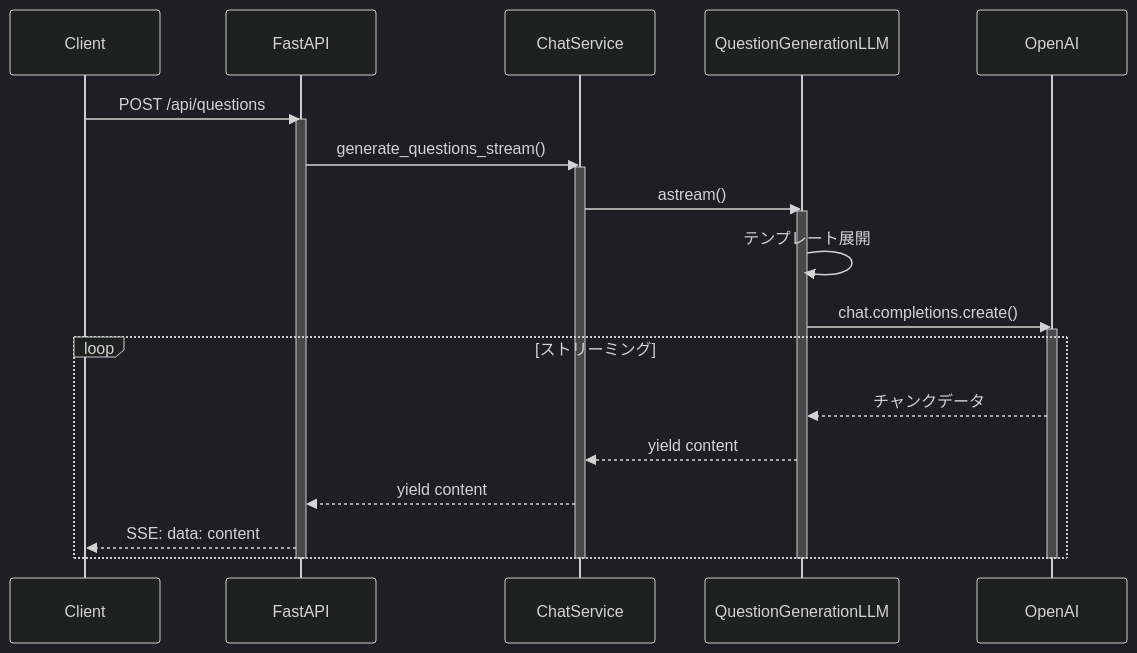
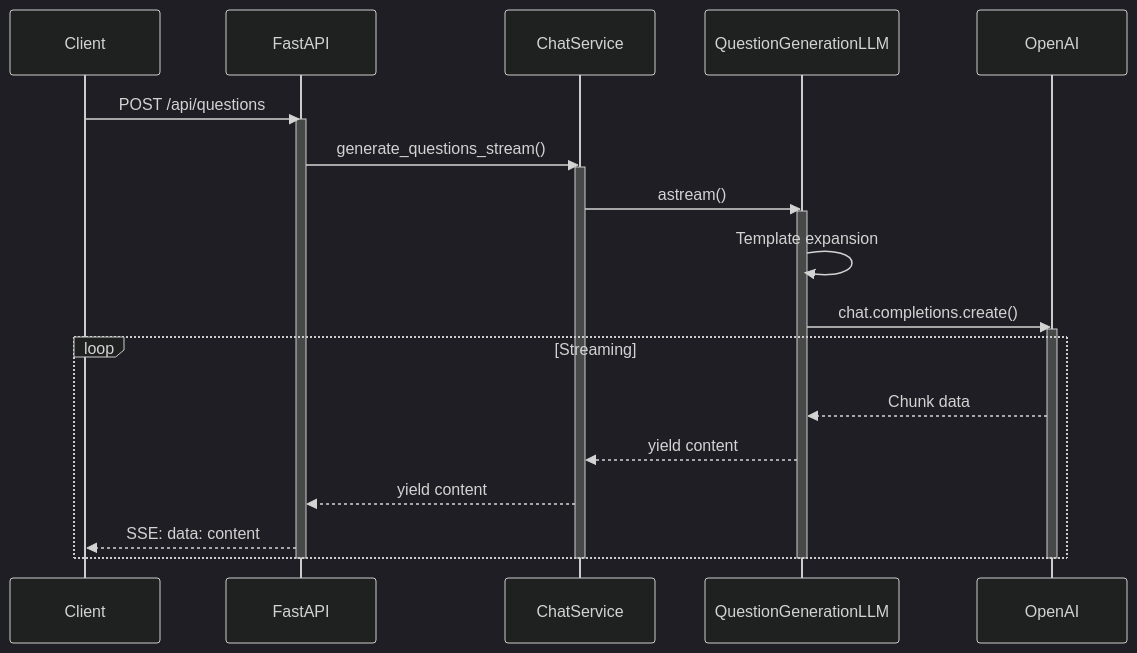
Before and after one commit to miulab7/ResQ: the second of 3 diagrams in docs/backend.md, drawn with Mermaid (dark theme). The commit also changed other lines of this file and 3 other files, not shown here.

````diff
--- a/docs/backend.md
+++ b/docs/backend.md
@@ -220,31 +220,31 @@
 ```mermaid
 sequenceDiagram
     participant Client
     participant FastAPI
     participant ChatService
     participant QuestionLLM as QuestionGenerationLLM
     participant OpenAI
 
     Client->>FastAPI: POST /api/questions
     activate FastAPI
     FastAPI->>ChatService: generate_questions_stream()
     activate ChatService
     ChatService->>QuestionLLM: astream()
     activate QuestionLLM
 
-    QuestionLLM->>QuestionLLM: テンプレート展開
+    QuestionLLM->>QuestionLLM: Template expansion
     QuestionLLM->>OpenAI: chat.completions.create()
     activate OpenAI
 
-    loop ストリーミング
-        OpenAI-->>QuestionLLM: チャンクデータ
+    loop Streaming
+        OpenAI-->>QuestionLLM: Chunk data
         QuestionLLM-->>ChatService: yield content
         ChatService-->>FastAPI: yield content
         FastAPI-->>Client: SSE: data: content
     end
 
     deactivate OpenAI
     deactivate QuestionLLM
     deactivate ChatService
     deactivate FastAPI
 ```
````
